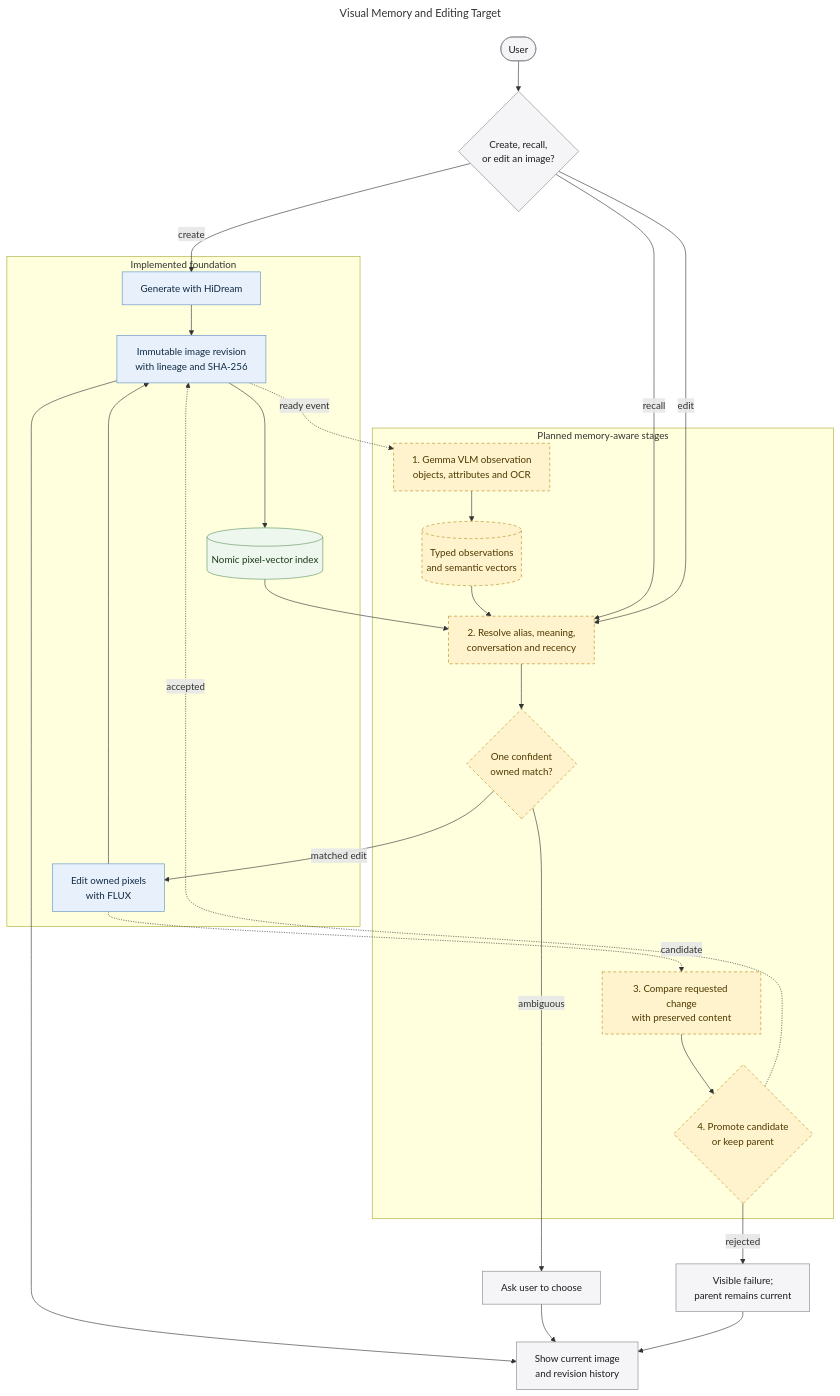
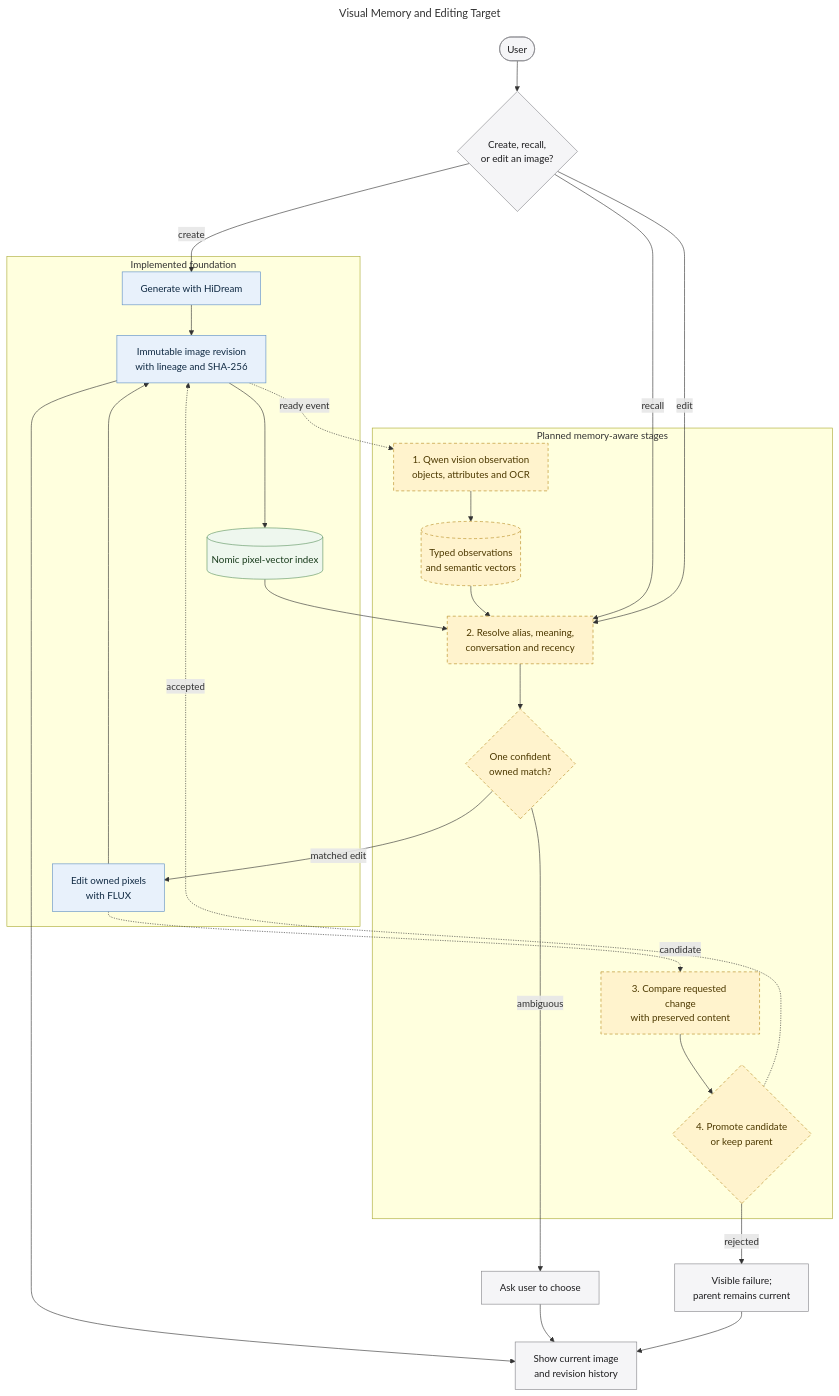
One commit to MallyaAni/PersonalAssistant changed the diagram in docs/diagrams/visual-memory-editing-target.mmd. Above: the diagram before and after it, drawn with Mermaid. The commit also changed 41 other files, not shown here.

```diff
--- a/docs/diagrams/visual-memory-editing-target.mmd
+++ b/docs/diagrams/visual-memory-editing-target.mmd
@@ -1,49 +1,49 @@
 ---
 title: Visual Memory and Editing Target
 ---
 flowchart TB
     User([User]) --> Request{Create, recall,<br/>or edit an image?}
 
     subgraph Current[Implemented foundation]
         Generate[Generate with HiDream]
         Edit[Edit owned pixels<br/>with FLUX]
         Artifact[Immutable image revision<br/>with lineage and SHA-256]
         PixelIndex[(Nomic pixel-vector index)]
         Generate --> Artifact
         Edit --> Artifact
         Artifact --> PixelIndex
     end
 
     subgraph Planned[Planned memory-aware stages]
-        Observe[1. Gemma VLM observation<br/>objects, attributes and OCR]
+        Observe[1. Qwen vision observation<br/>objects, attributes and OCR]
         Semantic[(Typed observations<br/>and semantic vectors)]
         Resolve[2. Resolve alias, meaning,<br/>conversation and recency]
         Clarify{One confident<br/>owned match?}
         Verify[3. Compare requested change<br/>with preserved content]
         Promote{4. Promote candidate<br/>or keep parent}
         Observe --> Semantic --> Resolve --> Clarify
         Verify --> Promote
     end
 
     Request -->|create| Generate
     Request -->|recall| Resolve
     Request -->|edit| Resolve
     Artifact -. ready event .-> Observe
     PixelIndex --> Resolve
     Clarify -->|ambiguous| Choice[Ask user to choose]
     Clarify -->|matched edit| Edit
     Edit -. candidate .-> Verify
     Promote -. accepted .-> Artifact
     Promote -->|rejected| Failure[Visible failure;<br/>parent remains current]
     Artifact --> UI[Show current image<br/>and revision history]
     Choice --> UI
     Failure --> UI
 
     classDef interface fill:#f5f5f7,stroke:#86868b,color:#1d1d1f;
     classDef implemented fill:#e8f1fb,stroke:#5e8fc4,color:#102a43;
     classDef data fill:#eef7ee,stroke:#5f9562,color:#183b1b;
     classDef planned fill:#fff3cd,stroke:#b78b20,color:#4d3900,stroke-dasharray:5 4;
     class User,Request,Choice,Failure,UI interface;
     class Generate,Edit,Artifact implemented;
     class PixelIndex data;
     class Observe,Semantic,Resolve,Clarify,Verify,Promote planned;
```
